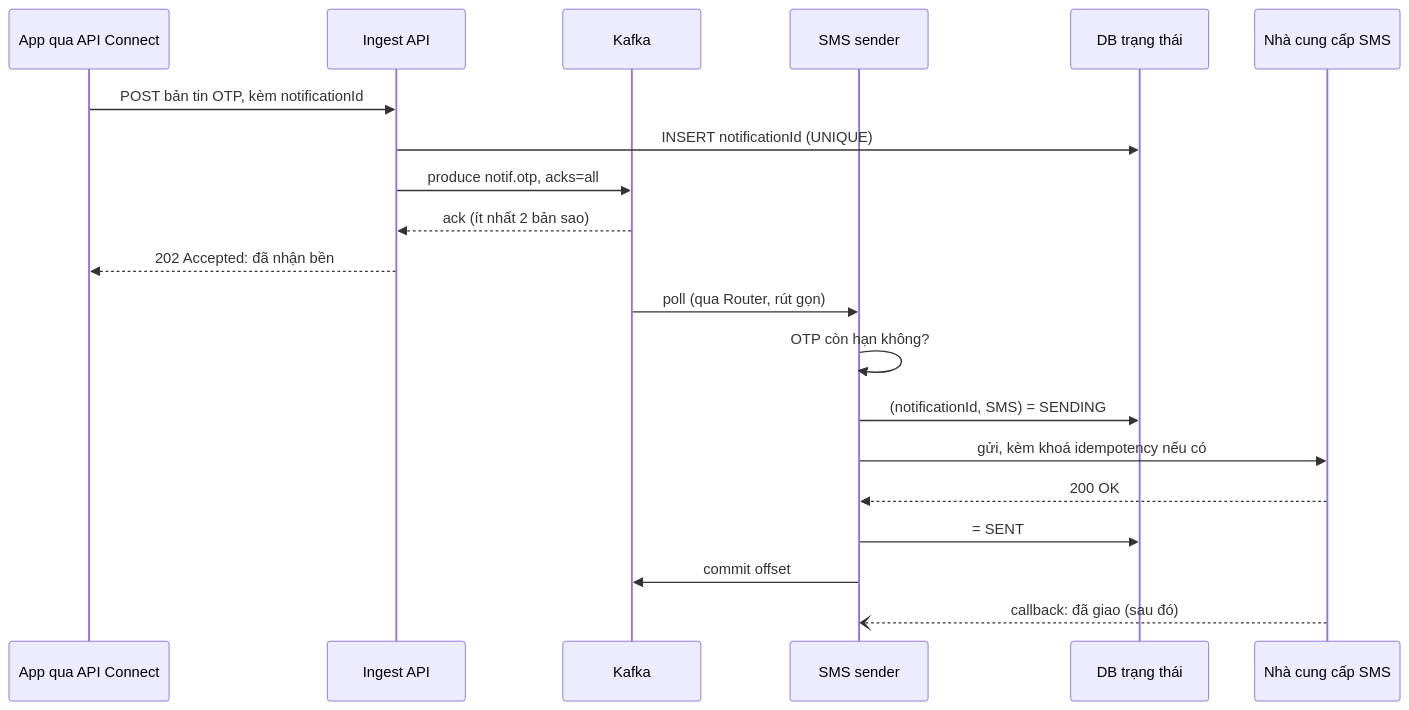
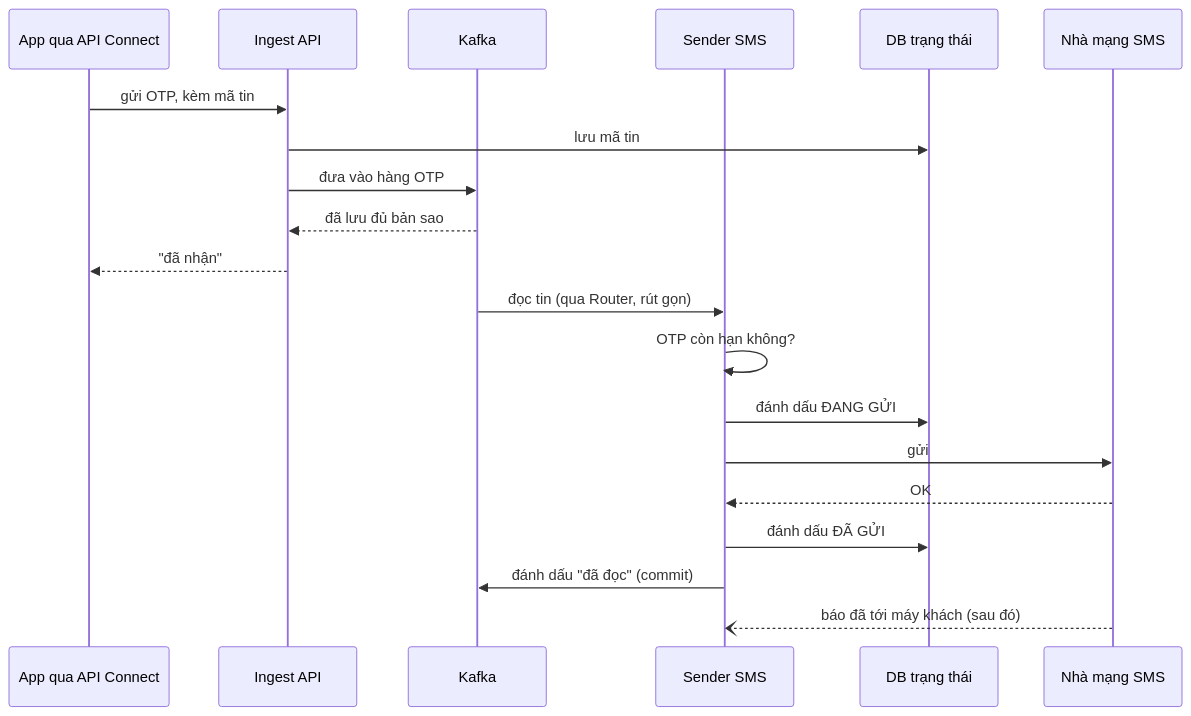
The fourth of 9 diagrams in lessons/0017-notification-hub.md (hainguyen85/kafka-study), drawn with Mermaid before and after one commit. The commit also changed other lines of this file and 11 other files, not shown here.

````diff
--- a/lessons/0017-notification-hub.md
+++ b/lessons/0017-notification-hub.md
@@ -165,22 +167,22 @@
 ```mermaid
 sequenceDiagram
 participant C as App qua API Connect
 participant I as Ingest API
 participant K as Kafka
-participant S as SMS sender
+participant S as Sender SMS
 participant D as DB trạng thái
-participant P as Nhà cung cấp SMS
-C->>I: POST bản tin OTP, kèm notificationId
-I->>D: INSERT notificationId (UNIQUE)
-I->>K: produce notif.otp, acks=all
-K-->>I: ack (ít nhất 2 bản sao)
-I-->>C: 202 Accepted: đã nhận bền
-K->>S: poll (qua Router, rút gọn)
+participant P as Nhà mạng SMS
+C->>I: gửi OTP, kèm mã tin
+I->>D: lưu mã tin
+I->>K: đưa vào hàng OTP
+K-->>I: đã lưu đủ bản sao
+I-->>C: "đã nhận"
+K->>S: đọc tin (qua Router, rút gọn)
 S->>S: OTP còn hạn không?
-S->>D: (notificationId, SMS) = SENDING
-S->>P: gửi, kèm khoá idempotency nếu có
-P-->>S: 200 OK
-S->>D: = SENT
-S->>K: commit offset
-P--)S: callback: đã giao (sau đó)
+S->>D: đánh dấu ĐANG GỬI
+S->>P: gửi
+P-->>S: OK
+S->>D: đánh dấu ĐÃ GỬI
+S->>K: đánh dấu "đã đọc" (commit)
+P--)S: báo đã tới máy khách (sau đó)
 ```
````
